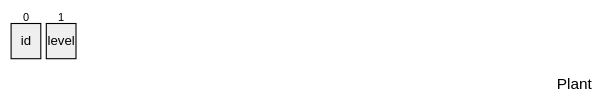
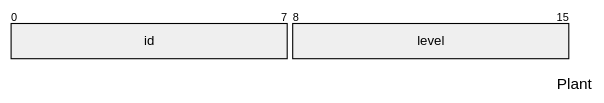
One commit to Articunolies/CMPM-121-Final changed the third of 4 diagrams in README.md. Above: the diagram before and after it, drawn with Mermaid. The commit also changed other lines of this file, not shown here.

Commit message:
Edited mermaid packet diagrams

````diff
--- a/README.md
+++ b/README.md
@@ -28,6 +28,6 @@
 ```mermaid
     packet-beta
     title Plant
-    0: "id"
-    1: "level"
+    0-7: "id"
+    8-15: "level"
 ```
````
